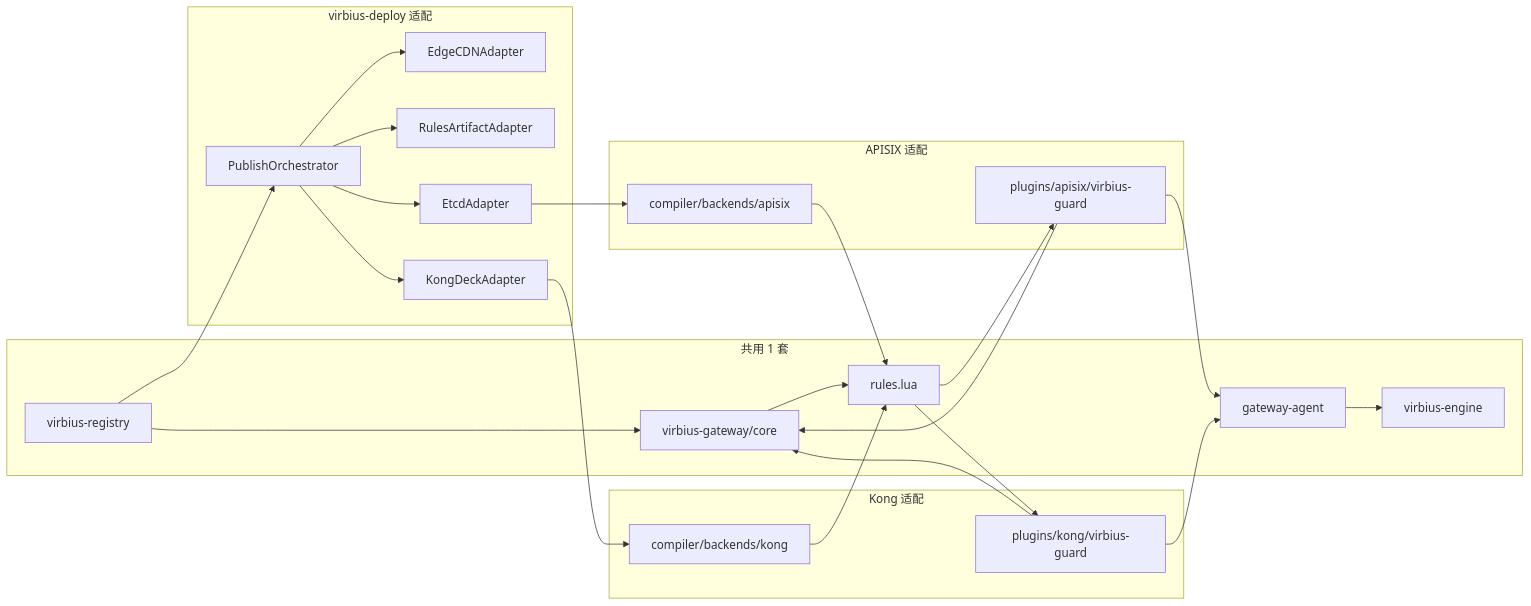
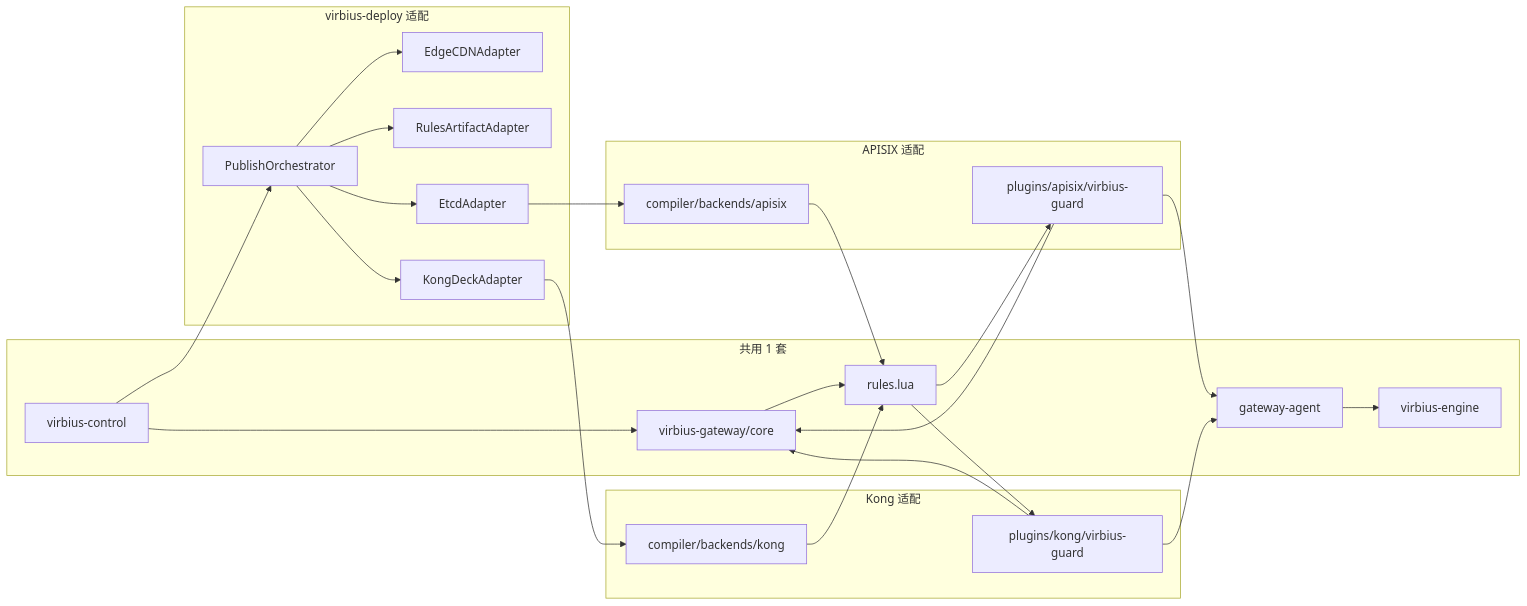
One commit to i1see1you/VirbiusLLM changed the fourth of 5 diagrams in docs/DESIGN.md. Above: the diagram before and after it, drawn with Mermaid. The commit also changed other lines of this file and 13 other files, not shown here.

````diff
--- a/docs/DESIGN.md
+++ b/docs/DESIGN.md
@@ -310,48 +310,48 @@
 ```mermaid
 flowchart LR
   subgraph Shared["共用 1 套"]
-    R["virbius-registry"]
+    R["virbius-control"]
     C["virbius-gateway/core"]
     RL["rules.lua"]
     A["gateway-agent"]
     E["virbius-engine"]
     R --> C
     C --> RL
   end
 
   subgraph Deploy_A["virbius-deploy 适配"]
     Orch["PublishOrchestrator"]
     AEdge["EdgeCDNAdapter"]
     ARules["RulesArtifactAdapter"]
     AEtcd["EtcdAdapter"]
     AKong["KongDeckAdapter"]
     Orch --> AEdge
     Orch --> ARules
     Orch --> AEtcd
     Orch --> AKong
   end
 
   subgraph APISIX_A["APISIX 适配"]
     PA["plugins/apisix/virbius-guard"]
     CA["compiler/backends/apisix"]
     PA --> C
     CA --> RL
     AEtcd --> CA
   end
 
   subgraph Kong_A["Kong 适配"]
     PK["plugins/kong/virbius-guard"]
     CK["compiler/backends/kong"]
     PK --> C
     CK --> RL
     AKong --> CK
   end
 
   R --> Orch
 
   RL --> PA
   RL --> PK
   PA --> A
   PK --> A
   A --> E
 ```
````
